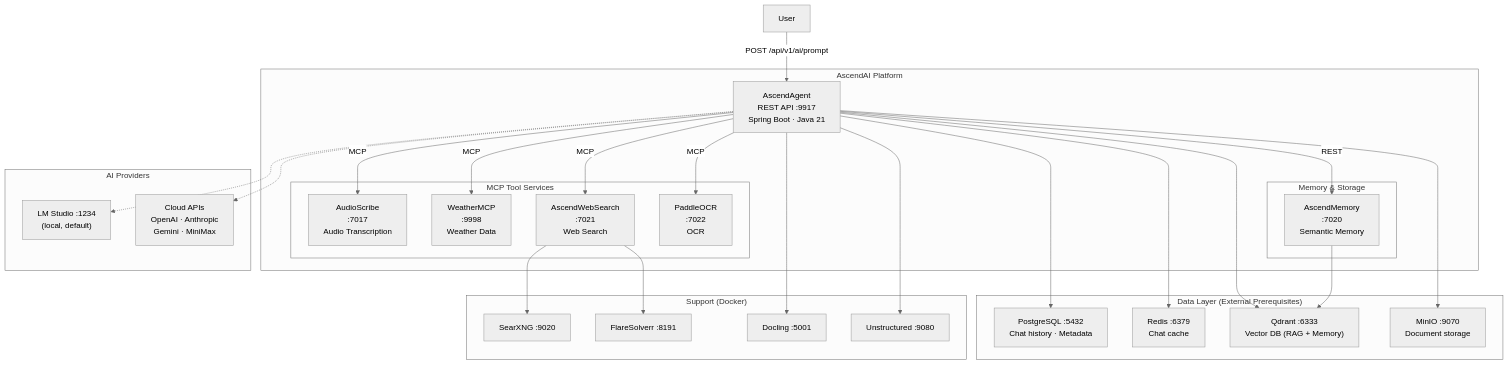
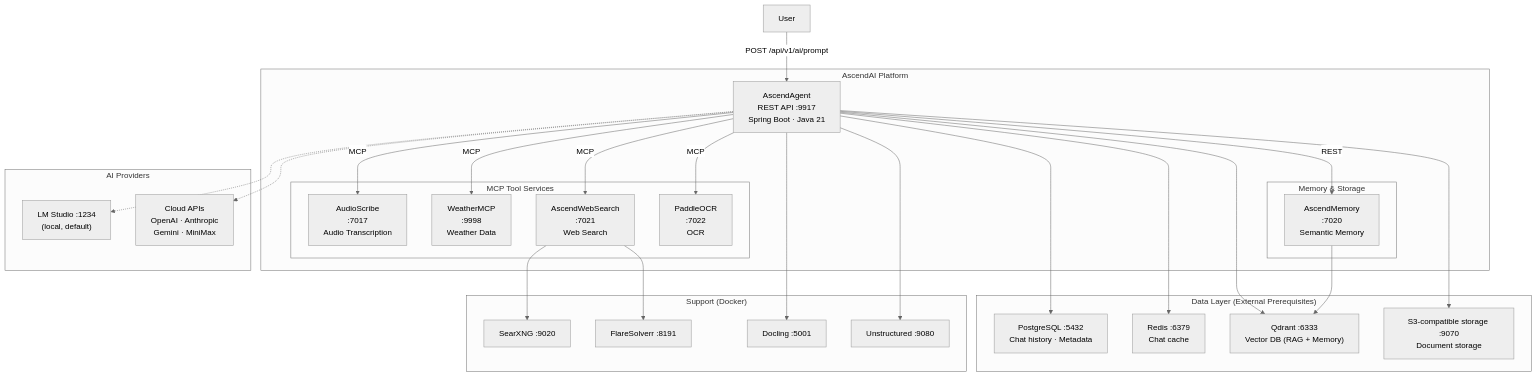
One commit to Lukk17/AscendAI changed the diagram in docs/architecture/diagrams/system-overview.md. Above: the diagram before and after it, drawn with Mermaid (neutral theme). The commit also changed other lines of this file and 207 other files, not shown here.

First line of the commit message:
feat(storage): replace MinIO with Floci as the local object store

````diff
--- a/docs/architecture/diagrams/system-overview.md
+++ b/docs/architecture/diagrams/system-overview.md
@@ -3,60 +3,60 @@
 ```mermaid
 graph TB
     User["User"]
 
     subgraph "AscendAI Platform"
         Agent["AscendAgent<br/>REST API :9917<br/>Spring Boot · Java 21"]
 
         subgraph "MCP Tool Services"
             AudioScribe["AudioScribe<br/>:7017<br/>Audio Transcription"]
             Weather["WeatherMCP<br/>:9998<br/>Weather Data"]
             WebSearch["AscendWebSearch<br/>:7021<br/>Web Search"]
             PaddleOCR["PaddleOCR<br/>:7022<br/>OCR"]
         end
 
         subgraph "Memory & Storage"
             Memory["AscendMemory<br/>:7020<br/>Semantic Memory"]
         end
     end
 
     subgraph "AI Providers"
         Local["LM Studio :1234<br/>(local, default)"]
         Cloud["Cloud APIs<br/>OpenAI · Anthropic<br/>Gemini · MiniMax"]
     end
 
     subgraph "Data Layer (External Prerequisites)"
         PG["PostgreSQL :5432<br/>Chat history · Metadata"]
         RD["Redis :6379<br/>Chat cache"]
         QD["Qdrant :6333<br/>Vector DB (RAG + Memory)"]
-        S3["MinIO :9070<br/>Document storage"]
+        S3["S3-compatible storage :9070<br/>Document storage"]
     end
 
     subgraph "Support (Docker)"
         SX["SearXNG :9020"]
         FS["FlareSolverr :8191"]
         DL["Docling :5001"]
         UN["Unstructured :9080"]
     end
 
     User -->|"POST /api/v1/ai/prompt"| Agent
 
     Agent -->|"MCP"| AudioScribe
     Agent -->|"MCP"| Weather
     Agent -->|"MCP"| WebSearch
     Agent -->|"MCP"| PaddleOCR
     Agent -->|"REST"| Memory
 
     Agent -.-> Local
     Agent -.-> Cloud
 
     Agent --> PG
     Agent --> RD
     Agent --> QD
     Agent --> S3
     Agent --> DL
     Agent --> UN
 
     WebSearch --> SX
     WebSearch --> FS
     Memory --> QD
 ```
````
